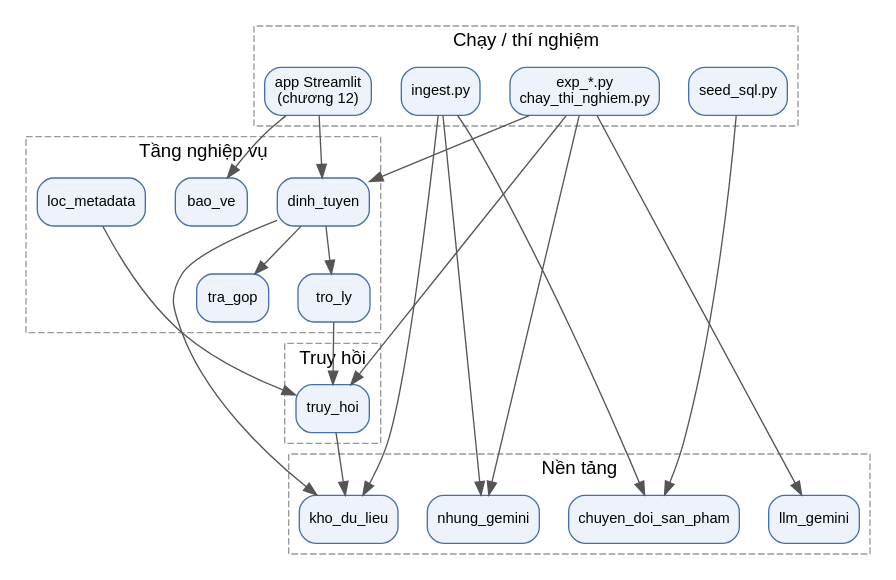
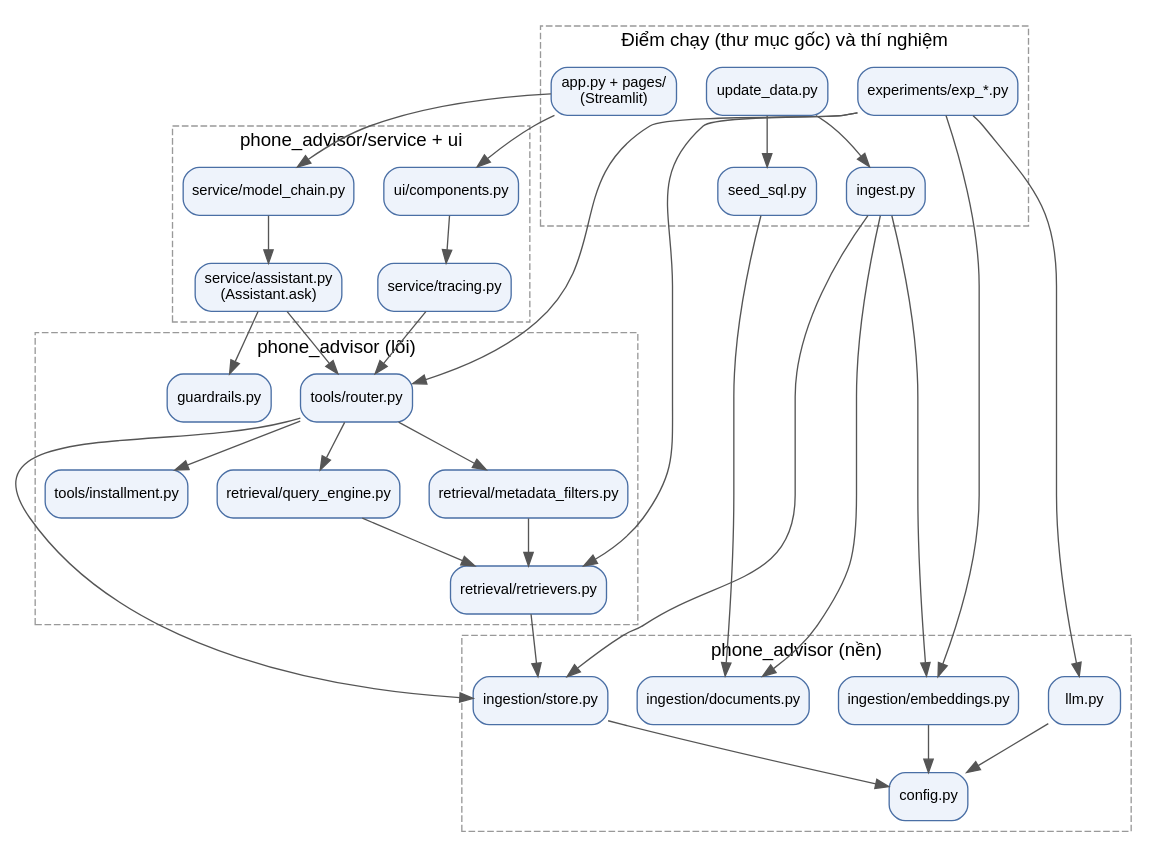
Before and after one commit to npone25/LlamaIndex_RAG_Tech: the diagram in hinh/hinh_3_3_module.dot, drawn with Graphviz. The commit also changed 260 other files, not shown here.

Commit message:
Xếp lại thư mục: package phone_advisor/ (ingestion, retrieval, tools, service, ui), experiments/, scripts/, data/; một kiểu import, bỏ sys.path và try/except ImportError; cập nhật CI, sơ đồ và README

```diff
--- a/hinh/hinh_3_3_module.dot
+++ b/hinh/hinh_3_3_module.dot
@@ -1,17 +1,24 @@
 digraph G {
-  rankdir=TB; nodesep=0.3; ranksep=0.5;
+  rankdir=TB; nodesep=0.3; ranksep=0.5; compound=true;
   node [shape=box, style="rounded,filled", fillcolor="#eef3fb", color="#4a6fa5", fontname="Liberation Sans", fontsize=11];
   edge [color="#555555"];
-  subgraph cluster_chay { label="Chạy / thí nghiệm"; fontname="Liberation Sans"; style=dashed; color="#999999";
-    app [label="app Streamlit\n(chương 12)"]; ingest [label="ingest.py"]; seed [label="seed_sql.py"]; exp [label="exp_*.py\nchay_thi_nghiem.py"]; }
-  subgraph cluster_tl { label="Tầng nghiệp vụ"; fontname="Liberation Sans"; style=dashed; color="#999999";
-    bao_ve; dinh_tuyen; tro_ly; loc_metadata; tra_gop; }
-  subgraph cluster_th { label="Truy hồi"; fontname="Liberation Sans"; style=dashed; color="#999999"; truy_hoi; }
-  subgraph cluster_nen { label="Nền tảng"; fontname="Liberation Sans"; style=dashed; color="#999999";
-    chuyen_doi_san_pham; kho_du_lieu; nhung_gemini; llm_gemini; }
-  app -> bao_ve; app -> dinh_tuyen; exp -> dinh_tuyen; exp -> truy_hoi;
-  ingest -> kho_du_lieu; ingest -> chuyen_doi_san_pham; ingest -> nhung_gemini; seed -> chuyen_doi_san_pham;
-  dinh_tuyen -> tro_ly; dinh_tuyen -> tra_gop; dinh_tuyen -> kho_du_lieu;
-  tro_ly -> truy_hoi; loc_metadata -> truy_hoi; truy_hoi -> kho_du_lieu;
-  exp -> nhung_gemini; exp -> llm_gemini;
+  subgraph cluster_chay { label="Điểm chạy (thư mục gốc) và thí nghiệm"; fontname="Liberation Sans"; style=dashed; color="#999999";
+    app [label="app.py + pages/\n(Streamlit)"]; ingest [label="ingest.py"]; seed [label="seed_sql.py"]; upd [label="update_data.py"];
+    exp [label="experiments/exp_*.py"]; }
+  subgraph cluster_service { label="phone_advisor/service + ui"; fontname="Liberation Sans"; style=dashed; color="#999999";
+    assistant [label="service/assistant.py\n(Assistant.ask)"]; chain [label="service/model_chain.py"]; tracing [label="service/tracing.py"];
+    ui [label="ui/components.py"]; }
+  subgraph cluster_core { label="phone_advisor (lõi)"; fontname="Liberation Sans"; style=dashed; color="#999999";
+    guard [label="guardrails.py"]; router [label="tools/router.py"]; inst [label="tools/installment.py"];
+    qe [label="retrieval/query_engine.py"]; mf [label="retrieval/metadata_filters.py"]; ret [label="retrieval/retrievers.py"]; }
+  subgraph cluster_base { label="phone_advisor (nền)"; fontname="Liberation Sans"; style=dashed; color="#999999";
+    docs [label="ingestion/documents.py"]; store [label="ingestion/store.py"]; emb [label="ingestion/embeddings.py"];
+    llm [label="llm.py"]; config [label="config.py"]; }
+  app -> chain; app -> ui; chain -> assistant; ui -> tracing;
+  assistant -> guard; assistant -> router; tracing -> router;
+  router -> qe; router -> mf; router -> inst; router -> store;
+  qe -> ret; mf -> ret; ret -> store;
+  ingest -> docs; ingest -> store; ingest -> emb; seed -> docs; upd -> ingest; upd -> seed;
+  exp -> router; exp -> ret; exp -> emb; exp -> llm;
+  store -> config; emb -> config; llm -> config;
 }
```
